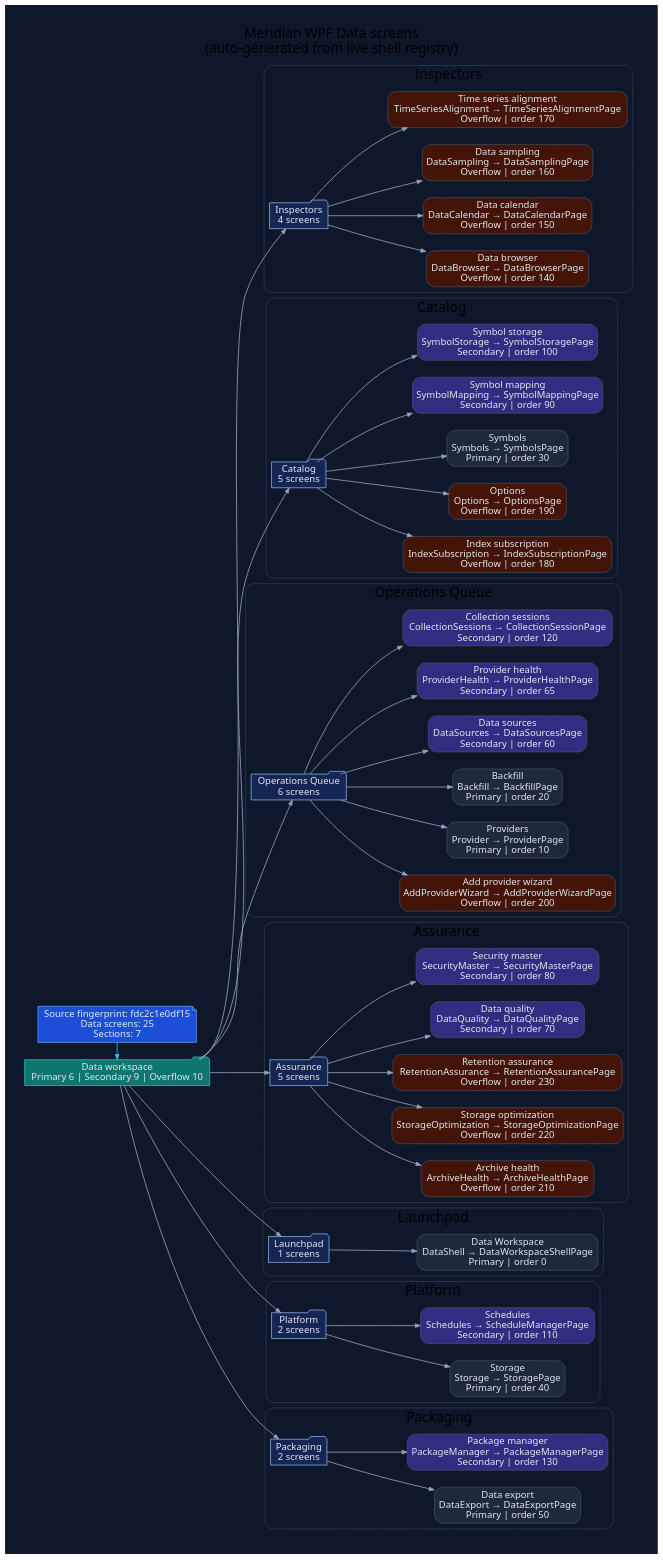
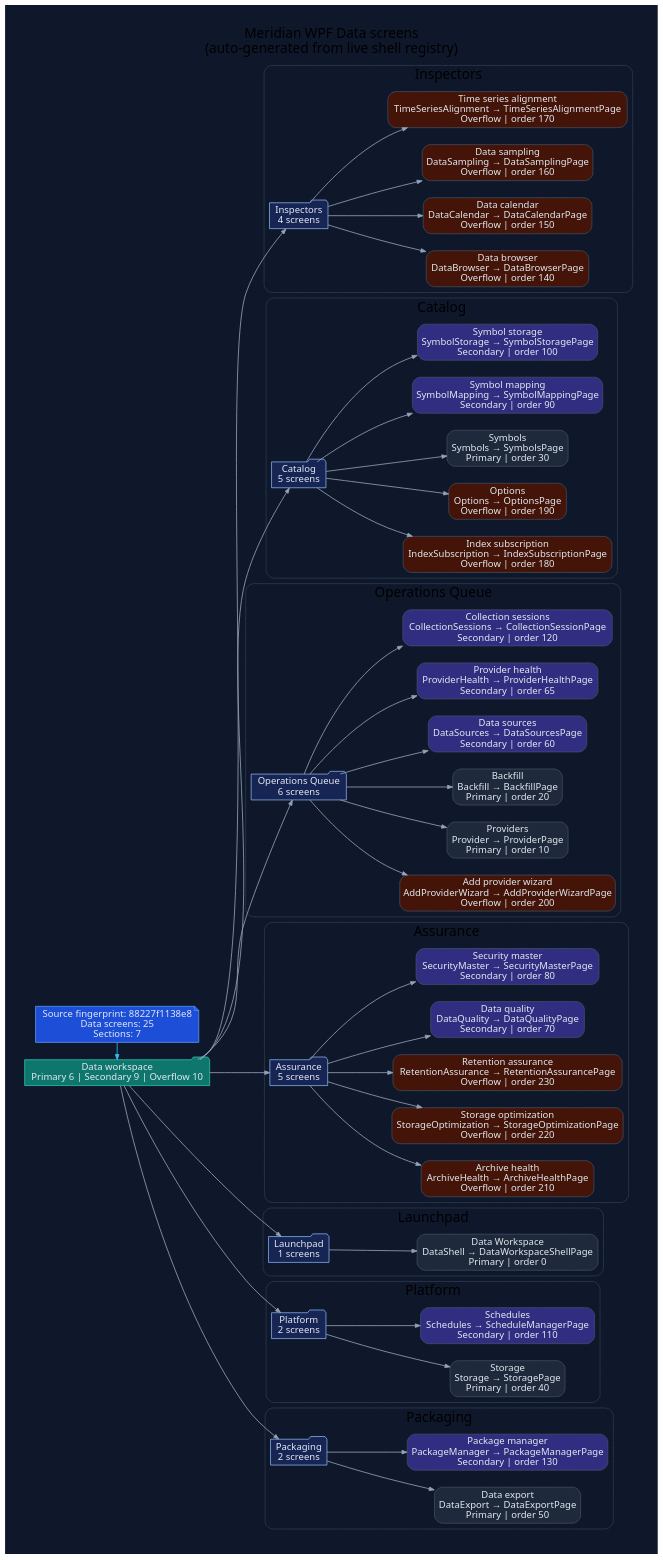
One commit to rodoHasArrived/Meridian-main changed the diagram in docs/diagrams/ui-wpf-screens-data.dot. Above: the diagram before and after it, drawn with Graphviz. The commit also changed 22 other files, not shown here.

First line of the commit message:
docs: apply CI generated-repair patch for WPF UI diagrams and repository tree

```diff
--- a/docs/diagrams/ui-wpf-screens-data.dot
+++ b/docs/diagrams/ui-wpf-screens-data.dot
@@ -1,132 +1,132 @@
 // -----------------------------------------------------------------------------
 // <auto-generated>
 // Generated by scripts/generate-diagrams.mjs.
 // Do not edit this file directly; update the WPF source files instead.
 // -----------------------------------------------------------------------------
 digraph WpfDataScreens {
   graph [
     rankdir=LR,
     labelloc=t,
     label="Meridian WPF Data screens\n(auto-generated from live shell registry)",
     fontname="Segoe UI",
     fontsize=20,
     pad=0.4,
     nodesep=0.35,
     ranksep=0.85,
     bgcolor="#0f172a"
   ];
   node [fontname="Segoe UI", shape=box, style="rounded,filled", color="#475569", fontcolor="#e2e8f0", fillcolor="#1e293b"];
   edge [fontname="Segoe UI", color="#94a3b8", penwidth=1.2, arrowsize=0.75];
 
-  generated [shape=note, fillcolor="#1d4ed8", color="#60a5fa", label="Source fingerprint: fdc2c1e0df15\nData screens: 25\nSections: 7"];
+  generated [shape=note, fillcolor="#1d4ed8", color="#60a5fa", label="Source fingerprint: 88227f1138e8\nData screens: 25\nSections: 7"];
   workspace [shape=folder, fillcolor="#0f766e", color="#2dd4bf", label="Data workspace\nPrimary 6 | Secondary 9 | Overflow 10"];
   generated -> workspace [color="#38bdf8"];
 
   subgraph cluster_section_1 {
     label="Inspectors";
     color="#334155";
     style="rounded";
     section_1 [shape=folder, fillcolor="#172554", color="#93c5fd", label="Inspectors\n4 screens"];
     workspace -> section_1;
     screen_DataBrowser [fillcolor="#431407", label="Data browser\nDataBrowser → DataBrowserPage\nOverflow | order 140"];
     section_1 -> screen_DataBrowser;
     screen_DataCalendar [fillcolor="#431407", label="Data calendar\nDataCalendar → DataCalendarPage\nOverflow | order 150"];
     section_1 -> screen_DataCalendar;
     screen_DataSampling [fillcolor="#431407", label="Data sampling\nDataSampling → DataSamplingPage\nOverflow | order 160"];
     section_1 -> screen_DataSampling;
     screen_TimeSeriesAlignment [fillcolor="#431407", label="Time series alignment\nTimeSeriesAlignment → TimeSeriesAlignmentPage\nOverflow | order 170"];
     section_1 -> screen_TimeSeriesAlignment;
   }
 
   subgraph cluster_section_2 {
     label="Catalog";
     color="#334155";
     style="rounded";
     section_2 [shape=folder, fillcolor="#172554", color="#93c5fd", label="Catalog\n5 screens"];
     workspace -> section_2;
     screen_IndexSubscription [fillcolor="#431407", label="Index subscription\nIndexSubscription → IndexSubscriptionPage\nOverflow | order 180"];
     section_2 -> screen_IndexSubscription;
     screen_Options [fillcolor="#431407", label="Options\nOptions → OptionsPage\nOverflow | order 190"];
     section_2 -> screen_Options;
     screen_Symbols [fillcolor="#1e293b", label="Symbols\nSymbols → SymbolsPage\nPrimary | order 30"];
     section_2 -> screen_Symbols;
     screen_SymbolMapping [fillcolor="#312e81", label="Symbol mapping\nSymbolMapping → SymbolMappingPage\nSecondary | order 90"];
     section_2 -> screen_SymbolMapping;
     screen_SymbolStorage [fillcolor="#312e81", label="Symbol storage\nSymbolStorage → SymbolStoragePage\nSecondary | order 100"];
     section_2 -> screen_SymbolStorage;
   }
 
   subgraph cluster_section_3 {
     label="Operations Queue";
     color="#334155";
     style="rounded";
     section_3 [shape=folder, fillcolor="#172554", color="#93c5fd", label="Operations Queue\n6 screens"];
     workspace -> section_3;
     screen_AddProviderWizard [fillcolor="#431407", label="Add provider wizard\nAddProviderWizard → AddProviderWizardPage\nOverflow | order 200"];
     section_3 -> screen_AddProviderWizard;
     screen_Provider [fillcolor="#1e293b", label="Providers\nProvider → ProviderPage\nPrimary | order 10"];
     section_3 -> screen_Provider;
     screen_Backfill [fillcolor="#1e293b", label="Backfill\nBackfill → BackfillPage\nPrimary | order 20"];
     section_3 -> screen_Backfill;
     screen_DataSources [fillcolor="#312e81", label="Data sources\nDataSources → DataSourcesPage\nSecondary | order 60"];
     section_3 -> screen_DataSources;
     screen_ProviderHealth [fillcolor="#312e81", label="Provider health\nProviderHealth → ProviderHealthPage\nSecondary | order 65"];
     section_3 -> screen_ProviderHealth;
     screen_CollectionSessions [fillcolor="#312e81", label="Collection sessions\nCollectionSessions → CollectionSessionPage\nSecondary | order 120"];
     section_3 -> screen_CollectionSessions;
   }
 
   subgraph cluster_section_4 {
     label="Assurance";
     color="#334155";
     style="rounded";
     section_4 [shape=folder, fillcolor="#172554", color="#93c5fd", label="Assurance\n5 screens"];
     workspace -> section_4;
     screen_ArchiveHealth [fillcolor="#431407", label="Archive health\nArchiveHealth → ArchiveHealthPage\nOverflow | order 210"];
     section_4 -> screen_ArchiveHealth;
     screen_StorageOptimization [fillcolor="#431407", label="Storage optimization\nStorageOptimization → StorageOptimizationPage\nOverflow | order 220"];
     section_4 -> screen_StorageOptimization;
     screen_RetentionAssurance [fillcolor="#431407", label="Retention assurance\nRetentionAssurance → RetentionAssurancePage\nOverflow | order 230"];
     section_4 -> screen_RetentionAssurance;
     screen_DataQuality [fillcolor="#312e81", label="Data quality\nDataQuality → DataQualityPage\nSecondary | order 70"];
     section_4 -> screen_DataQuality;
     screen_SecurityMaster [fillcolor="#312e81", label="Security master\nSecurityMaster → SecurityMasterPage\nSecondary | order 80"];
     section_4 -> screen_SecurityMaster;
   }
 
   subgraph cluster_section_5 {
     label="Launchpad";
     color="#334155";
     style="rounded";
     section_5 [shape=folder, fillcolor="#172554", color="#93c5fd", label="Launchpad\n1 screens"];
     workspace -> section_5;
     screen_DataShell [fillcolor="#1e293b", label="Data Workspace\nDataShell → DataWorkspaceShellPage\nPrimary | order 0"];
     section_5 -> screen_DataShell;
   }
 
   subgraph cluster_section_6 {
     label="Platform";
     color="#334155";
     style="rounded";
     section_6 [shape=folder, fillcolor="#172554", color="#93c5fd", label="Platform\n2 screens"];
     workspace -> section_6;
     screen_Storage [fillcolor="#1e293b", label="Storage\nStorage → StoragePage\nPrimary | order 40"];
     section_6 -> screen_Storage;
     screen_Schedules [fillcolor="#312e81", label="Schedules\nSchedules → ScheduleManagerPage\nSecondary | order 110"];
     section_6 -> screen_Schedules;
   }
 
   subgraph cluster_section_7 {
     label="Packaging";
     color="#334155";
     style="rounded";
     section_7 [shape=folder, fillcolor="#172554", color="#93c5fd", label="Packaging\n2 screens"];
     workspace -> section_7;
     screen_DataExport [fillcolor="#1e293b", label="Data export\nDataExport → DataExportPage\nPrimary | order 50"];
     section_7 -> screen_DataExport;
     screen_PackageManager [fillcolor="#312e81", label="Package manager\nPackageManager → PackageManagerPage\nSecondary | order 130"];
     section_7 -> screen_PackageManager;
   }
 
   { rank=min; generated; workspace; }
 }
```
